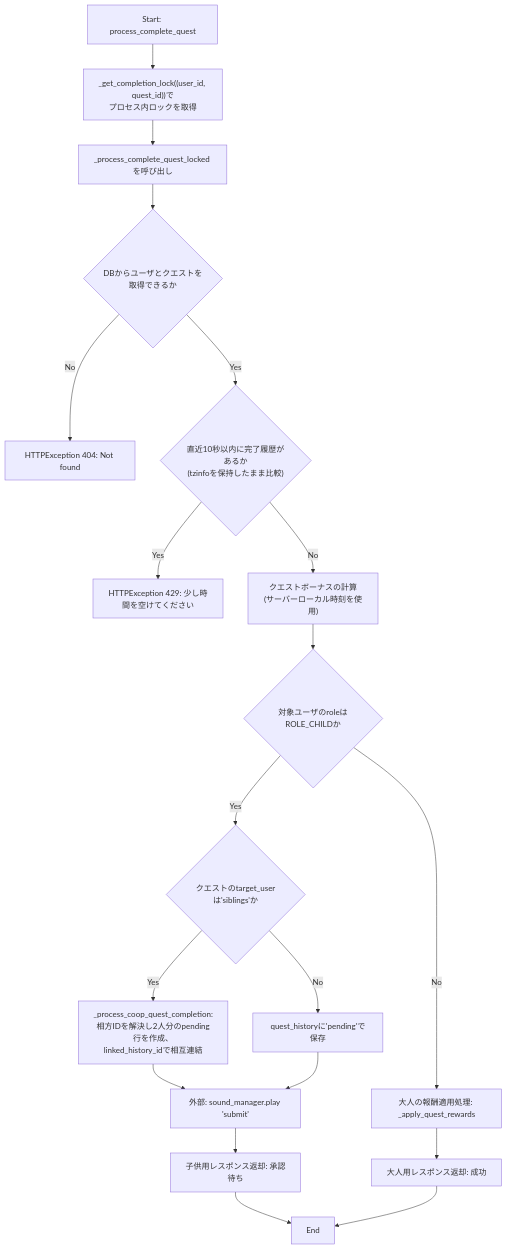
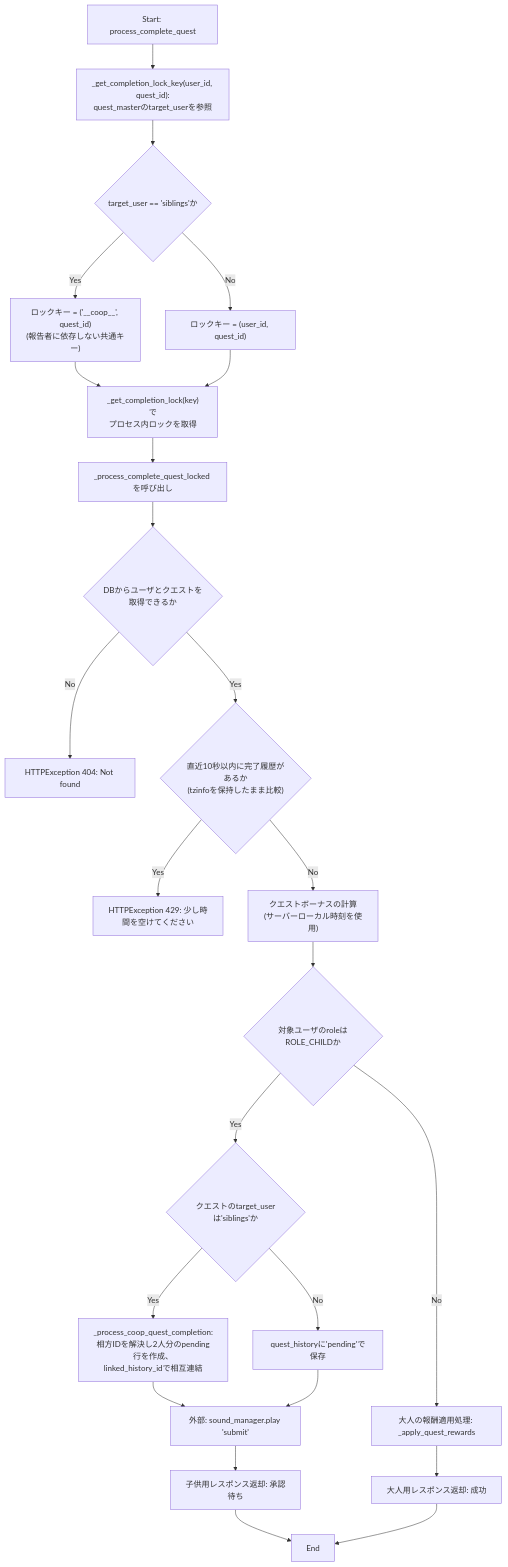
One commit to mmtigers/my_python_project changed the first of 5 diagrams in docs/specifications/MY_HOME_SYSTEM/quest_service.md. Above: the diagram before and after it, drawn with Mermaid. The commit also changed other lines of this file and 2 other files, not shown here.

First line of the commit message:
fix(quest): 兄妹連携クエストの同時完了報告でpendingペアが二重生成される不具合を修正 (#96)

````diff
--- a/docs/specifications/MY_HOME_SYSTEM/quest_service.md
+++ b/docs/specifications/MY_HOME_SYSTEM/quest_service.md
@@ -522,24 +537,29 @@
 ```mermaid
 flowchart TD
-    Start[Start: process_complete_quest] --> AcquireLock["_get_completion_lock((user_id, quest_id))で<br>プロセス内ロックを取得"]
+    Start[Start: process_complete_quest] --> ResolveKey["_get_completion_lock_key(user_id, quest_id):<br>quest_masterのtarget_userを参照"]
+    ResolveKey --> IsCoop{"target_user == 'siblings'か"}
+    IsCoop -- Yes --> CoopKey["ロックキー = ('__coop__', quest_id)<br>(報告者に依存しない共通キー)"]
+    IsCoop -- No --> NormalKey["ロックキー = (user_id, quest_id)"]
+    CoopKey --> AcquireLock["_get_completion_lock(key)で<br>プロセス内ロックを取得"]
+    NormalKey --> AcquireLock
     AcquireLock --> CallLocked["_process_complete_quest_locked を呼び出し"]
     CallLocked --> DB_Select{"DBからユーザとクエストを取得できるか"}
     DB_Select -- No --> Err404[HTTPException 404: Not found]
     DB_Select -- Yes --> SpamCheck{"直近10秒以内に完了履歴があるか<br>(tzinfoを保持したまま比較)"}
     SpamCheck -- Yes --> Err429[HTTPException 429: 少し時間を空けてください]
     SpamCheck -- No --> CalcBoost["クエストボーナスの計算<br>(サーバーローカル時刻を使用)"]
     CalcBoost --> CheckChild{"対象ユーザのroleはROLE_CHILDか"}
 
     CheckChild -- Yes --> CheckSiblings{"クエストのtarget_userは'siblings'か"}
     CheckSiblings -- Yes --> CoopFlow["_process_coop_quest_completion:<br>相方IDを解決し2人分のpending行を作成、<br>linked_history_idで相互連結"]
     CoopFlow --> PlaySoundSubmit
     CheckSiblings -- No --> InsertPending["quest_historyに'pending'で保存"]
     InsertPending --> PlaySoundSubmit["外部: sound_manager.play 'submit'"]
     PlaySoundSubmit --> ReturnPending[子供用レスポンス返却: 承認待ち]
     ReturnPending --> End
 
     CheckChild -- No --> ApplyReward["大人の報酬適用処理: _apply_quest_rewards"]
     ApplyReward --> ReturnAdult[大人用レスポンス返却: 成功]
     ReturnAdult --> End
 
 ```
````
